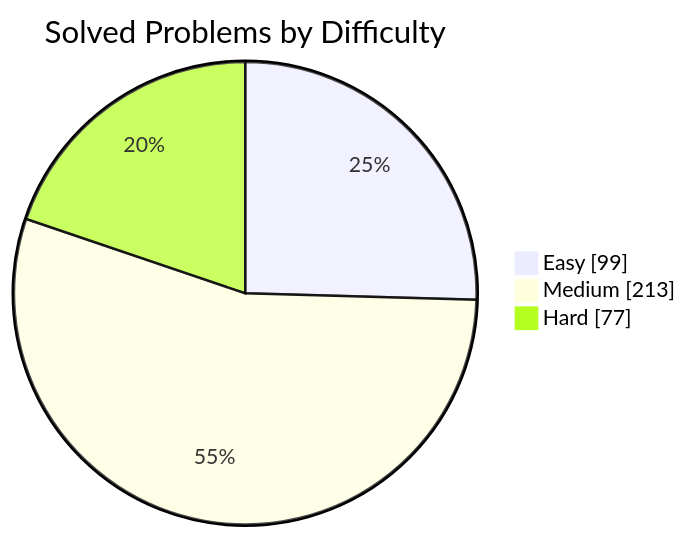
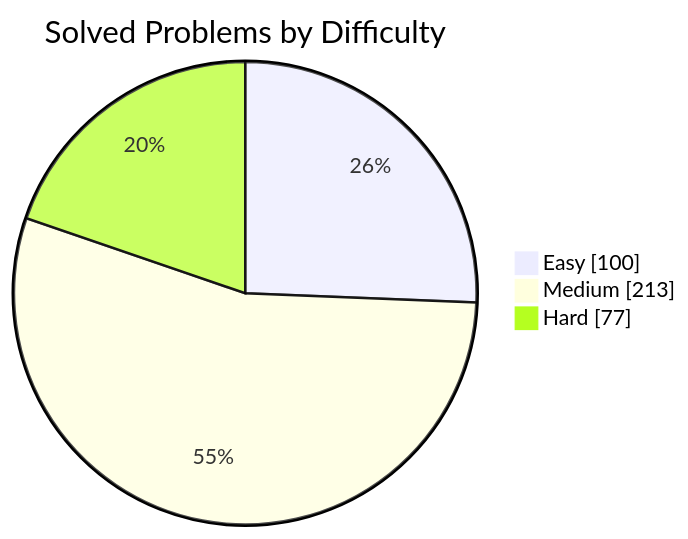
Before and after one commit to manikantbindass/DSA-Preparation-FAANG: the first of 2 diagrams in README.md, drawn with Mermaid. The commit also changed other lines of this file and 1 other file, not shown here.

````diff
--- a/README.md
+++ b/README.md
@@ -77,7 +77,7 @@
 ```mermaid
 pie showData
     title Solved Problems by Difficulty
-    "Easy" : 99
+    "Easy" : 100
     "Medium" : 213
     "Hard" : 77
 ```
````
